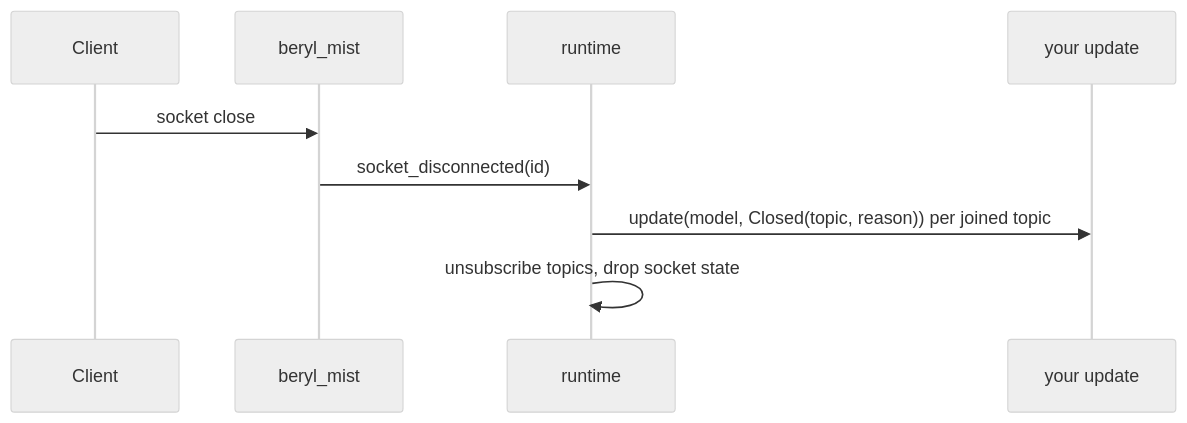
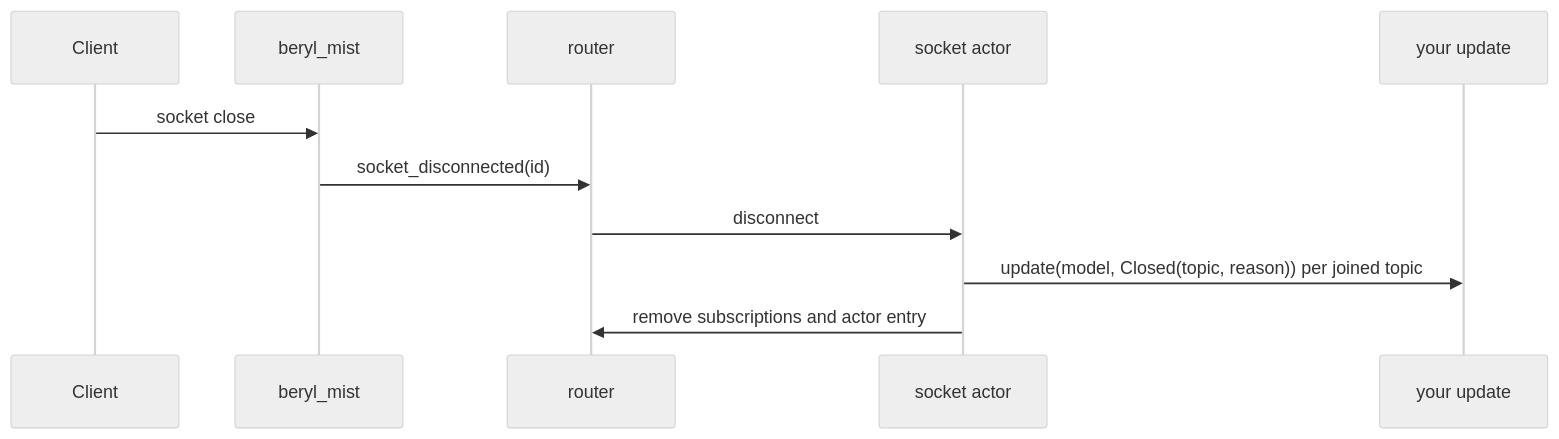
One commit to tylerbutler/beryl changed the sixth of 6 diagrams in website/src/content/docs/architecture/message-lifecycle.md. Above: the diagram before and after it, drawn with Mermaid (neutral theme). The commit also changed other lines of this file and 13 other files, not shown here.

Commit message:
docs: update per-socket actor architecture

````diff
--- a/website/src/content/docs/architecture/message-lifecycle.md
+++ b/website/src/content/docs/architecture/message-lifecycle.md
@@ -113,11 +125,13 @@
 ```mermaid
 sequenceDiagram
   participant Client
   participant Mist as beryl_mist
-  participant RT as runtime
+  participant Router as router
+  participant Socket as socket actor
   participant App as your update
   Client->>Mist: socket close
-  Mist->>RT: socket_disconnected(id)
-  RT->>App: update(model, Closed(topic, reason)) per joined topic
-  RT->>RT: unsubscribe topics, drop socket state
+  Mist->>Router: socket_disconnected(id)
+  Router->>Socket: disconnect
+  Socket->>App: update(model, Closed(topic, reason)) per joined topic
+  Socket->>Router: remove subscriptions and actor entry
 ```
````
